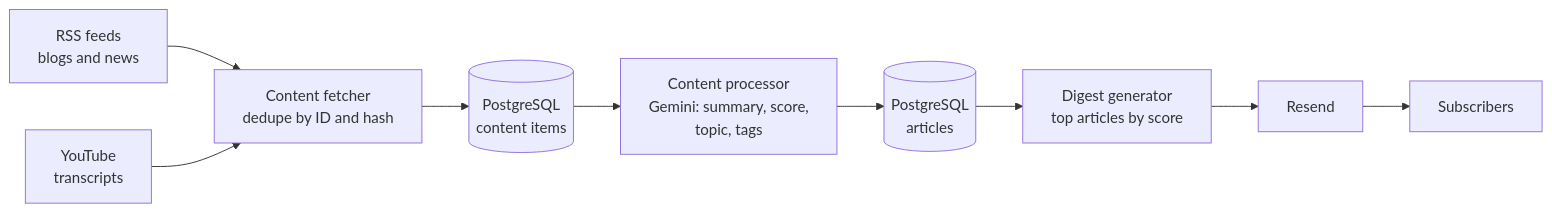
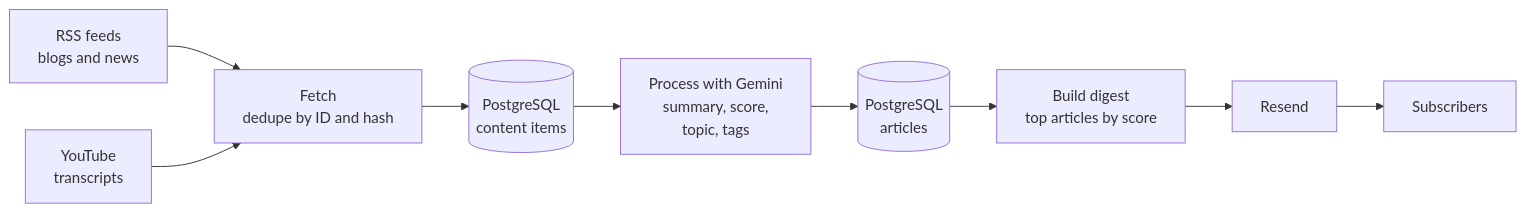
Before and after one commit to Jai-Negi/ai-news-aggregator: the diagram in README.md, drawn with Mermaid. The commit also changed other lines of this file, not shown here.

````diff
--- a/README.md
+++ b/README.md
@@ -24,10 +24,10 @@
 ```mermaid
 flowchart LR
     RSS[RSS feeds<br/>blogs and news] --> F
     YT[YouTube<br/>transcripts] --> F
-    F[Content fetcher<br/>dedupe by ID and hash] --> CI[(PostgreSQL<br/>content items)]
-    CI --> P[Content processor<br/>Gemini: summary, score,<br/>topic, tags]
+    F[Fetch<br/>dedupe by ID and hash] --> CI[(PostgreSQL<br/>content items)]
+    CI --> P[Process with Gemini<br/>summary, score,<br/>topic, tags]
     P --> A[(PostgreSQL<br/>articles)]
-    A --> D[Digest generator<br/>top articles by score]
+    A --> D[Build digest<br/>top articles by score]
     D --> R[Resend] --> S[Subscribers]
 ```
````
